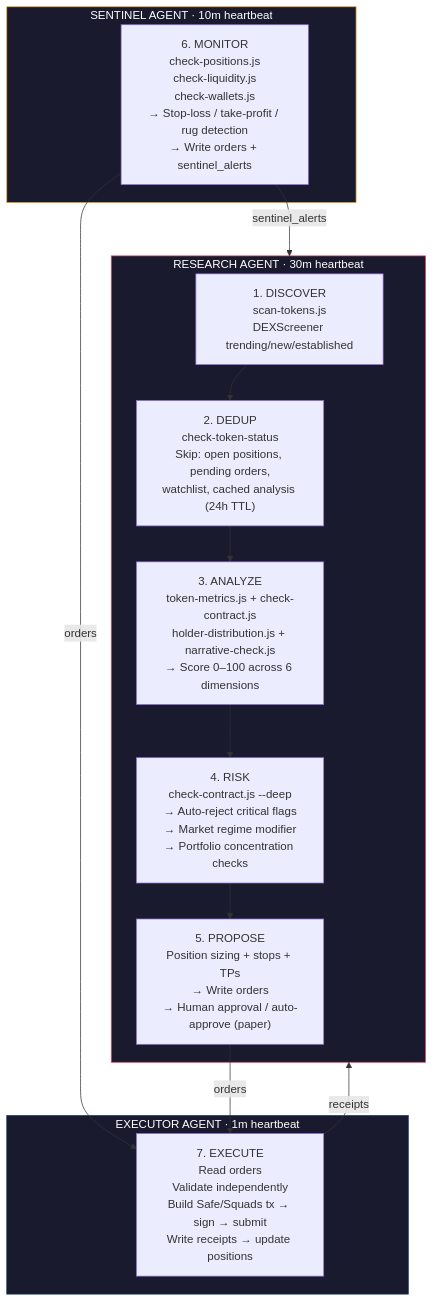
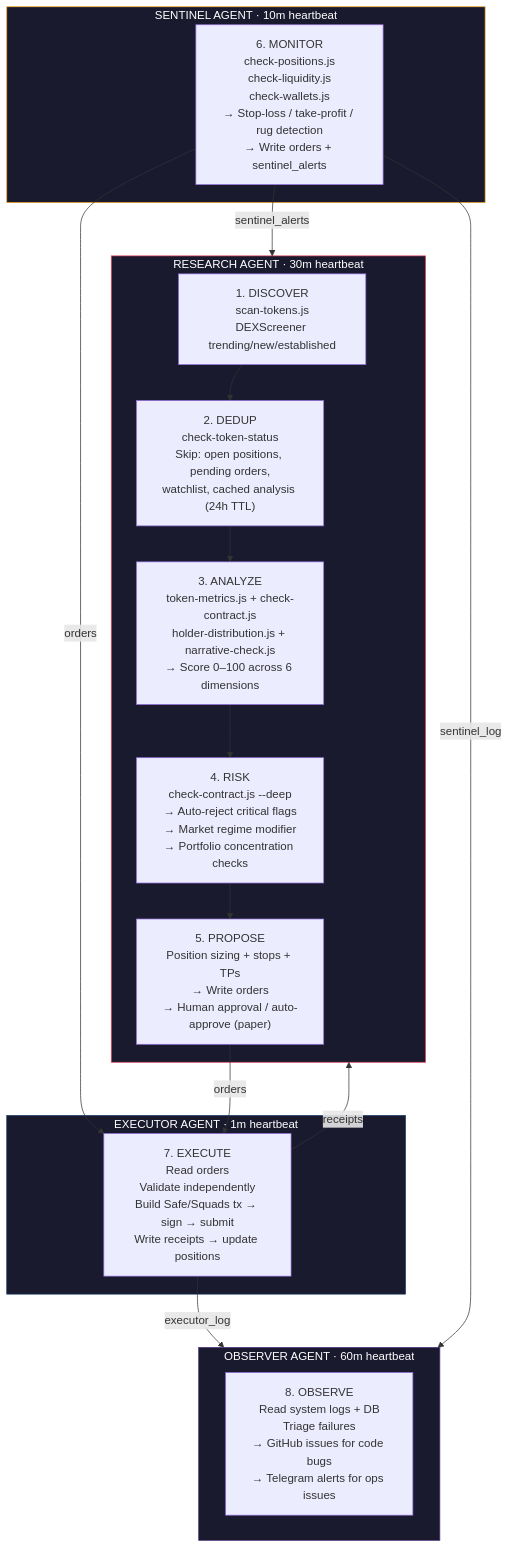
One commit to 0xb11a/crypto-claw changed the first of 2 diagrams in README.md. Above: the diagram before and after it, drawn with Mermaid. The commit also changed other lines of this file and 19 other files, not shown here.

First line of the commit message:
feat: add Observer agent with cron-based scheduling

````diff
--- a/README.md
+++ b/README.md
@@ -56,28 +71,35 @@
 ```mermaid
 flowchart TD
     subgraph Research["RESEARCH AGENT · 30m heartbeat"]
         D["1. DISCOVER\nscan-tokens.js\nDEXScreener trending/new/established"]
         DD["2. DEDUP\ncheck-token-status\nSkip: open positions, pending orders,\nwatchlist, cached analysis (24h TTL)"]
         A["3. ANALYZE\ntoken-metrics.js + check-contract.js\nholder-distribution.js + narrative-check.js\n→ Score 0–100 across 6 dimensions"]
         R["4. RISK\ncheck-contract.js --deep\n→ Auto-reject critical flags\n→ Market regime modifier\n→ Portfolio concentration checks"]
         P["5. PROPOSE\nPosition sizing + stops + TPs\n→ Write orders\n→ Human approval / auto-approve (paper)"]
         D --> DD --> A --> R --> P
     end
 
     subgraph Sentinel["SENTINEL AGENT · 10m heartbeat"]
         M["6. MONITOR\ncheck-positions.js\ncheck-liquidity.js\ncheck-wallets.js\n→ Stop-loss / take-profit / rug detection\n→ Write orders + sentinel_alerts"]
     end
 
     subgraph Executor["EXECUTOR AGENT · 1m heartbeat"]
         E["7. EXECUTE\nRead orders\nValidate independently\nBuild Safe/Squads tx → sign → submit\nWrite receipts → update positions"]
     end
 
+    subgraph Observer["OBSERVER AGENT · 60m heartbeat"]
+        O["8. OBSERVE\nRead system logs + DB\nTriage failures\n→ GitHub issues for code bugs\n→ Telegram alerts for ops issues"]
+    end
+
     P -- "orders" --> E
     M -- "orders" --> E
     E -- "receipts" --> Research
     M -- "sentinel_alerts" --> Research
+    E -- "executor_log" --> Observer
+    M -- "sentinel_log" --> Observer
 
     style Research fill:#1a1a2e,stroke:#e94560,color:#fff
     style Sentinel fill:#1a1a2e,stroke:#f5a623,color:#fff
     style Executor fill:#1a1a2e,stroke:#0f3460,color:#fff
+    style Observer fill:#1a1a2e,stroke:#533483,color:#fff
 ```
````
